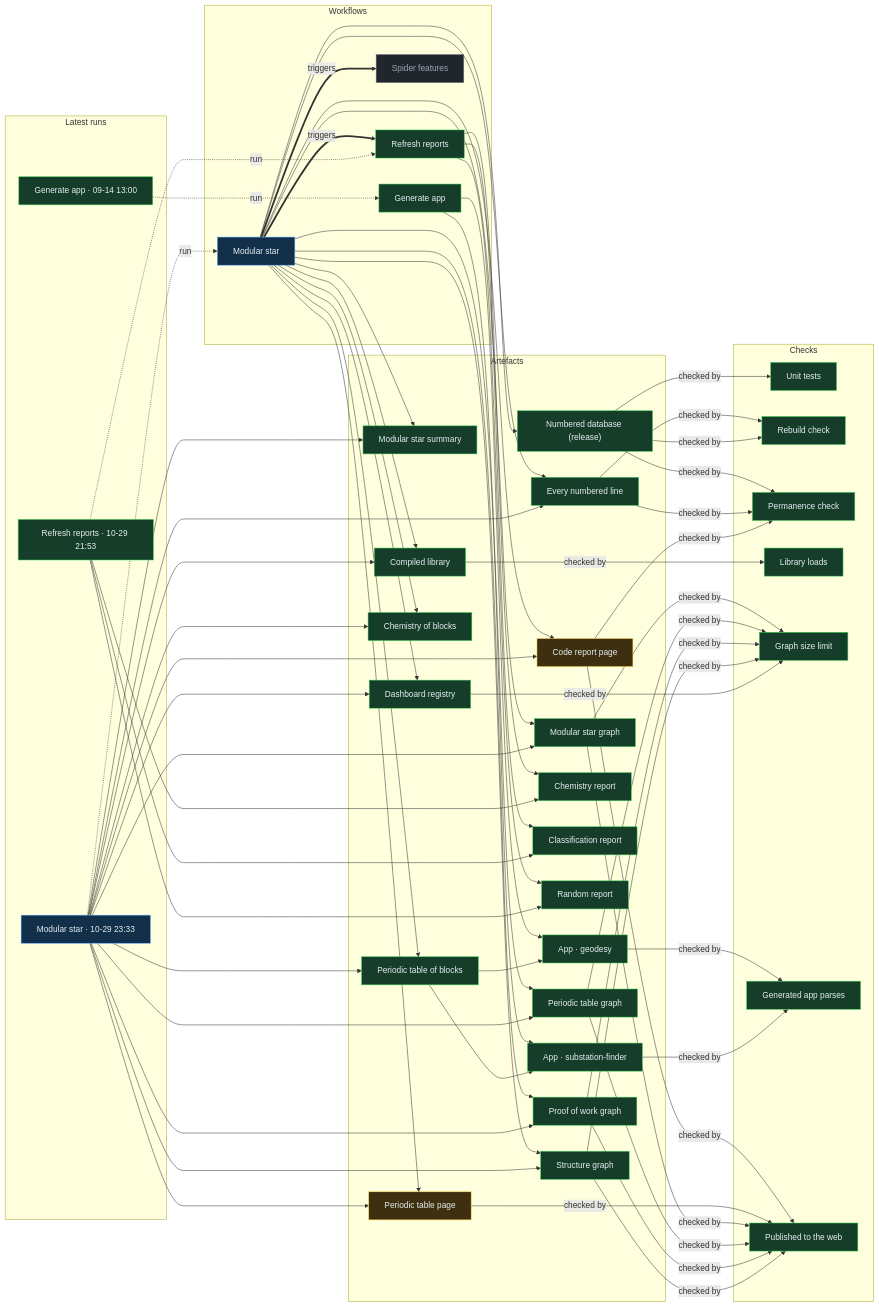
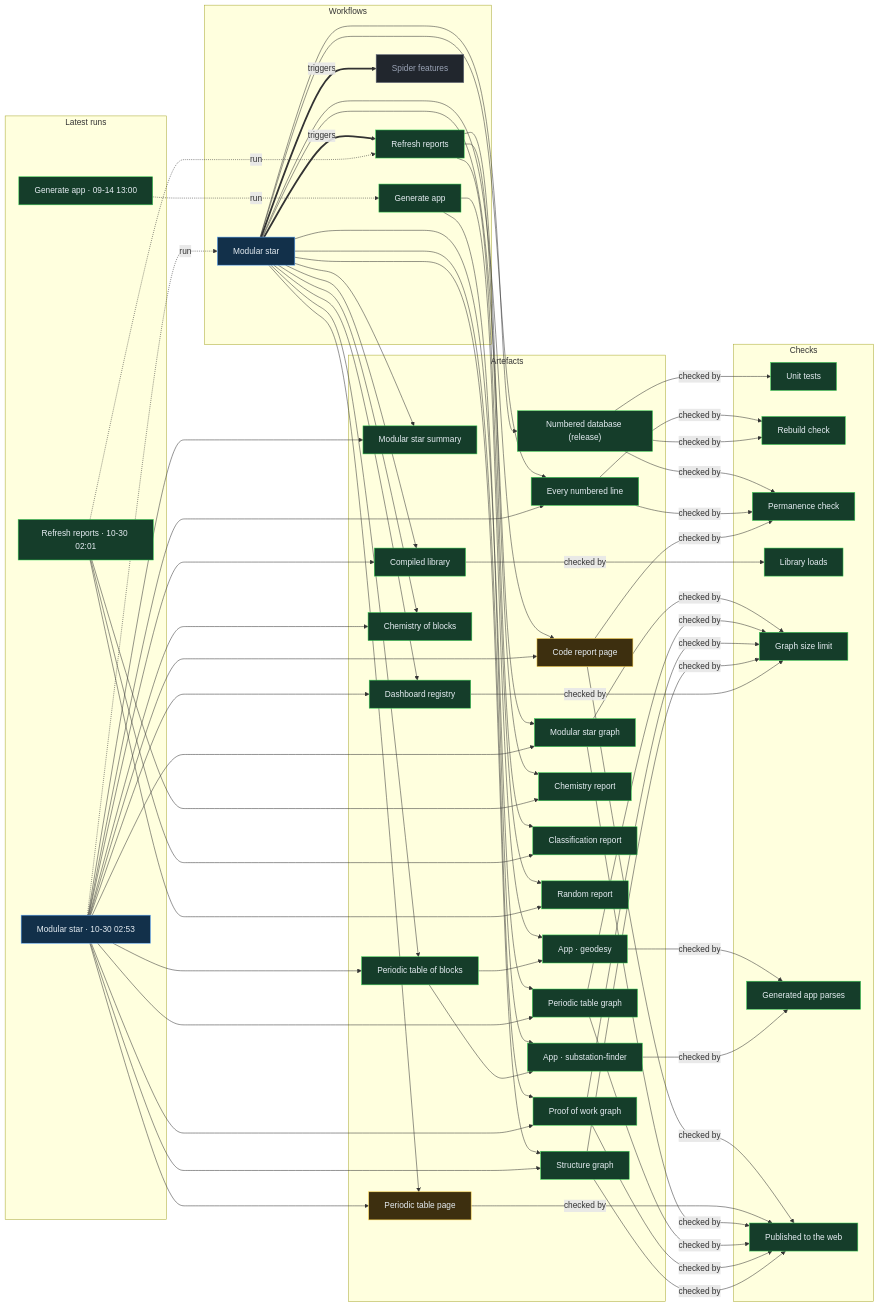
The diagram in proof/PROOF.md (Ventusltd/stars), drawn with Mermaid before and after one commit. The commit also changed other lines of this file and 144 other files, not shown here.

Commit message:
Modular star 2026-10-30T02:56Z

```diff
--- a/proof/PROOF.md
+++ b/proof/PROOF.md
@@ -24,8 +24,8 @@
   n_wf_spider_features["Spider features"]:::off
   end
   subgraph g_runs["Latest runs"]
-  n_run_40973902420["Modular star · 10-29 23:33"]:::live
-  n_run_40961524477["Refresh reports · 10-29 21:53"]:::ok
+  n_run_40994267073["Modular star · 10-30 02:53"]:::live
+  n_run_40989266316["Refresh reports · 10-30 02:01"]:::ok
   n_run_34846587798["Generate app · 09-14 13:00"]:::ok
   end
   subgraph g_artefacts["Artefacts"]
@@ -59,39 +59,39 @@
   end
   n_wf_modular_star == triggers ==> n_wf_refresh
   n_wf_modular_star == triggers ==> n_wf_spider_features
-  n_run_40973902420 -. run .-> n_wf_modular_star
-  n_run_40961524477 -. run .-> n_wf_refresh
+  n_run_40994267073 -. run .-> n_wf_modular_star
+  n_run_40989266316 -. run .-> n_wf_refresh
   n_run_34846587798 -. run .-> n_wf_generate
   n_wf_modular_star --> n_art_summary
-  n_run_40973902420 --> n_art_summary
+  n_run_40994267073 --> n_art_summary
   n_wf_modular_star --> n_art_lines
-  n_run_40973902420 --> n_art_lines
+  n_run_40994267073 --> n_art_lines
   n_wf_modular_star --> n_art_code
-  n_run_40973902420 --> n_art_code
+  n_run_40994267073 --> n_art_code
   n_wf_modular_star --> n_art_modular_graph
-  n_run_40973902420 --> n_art_modular_graph
+  n_run_40994267073 --> n_art_modular_graph
   n_wf_modular_star --> n_art_blocks
-  n_run_40973902420 --> n_art_blocks
+  n_run_40994267073 --> n_art_blocks
   n_wf_modular_star --> n_art_table
-  n_run_40973902420 --> n_art_table
+  n_run_40994267073 --> n_art_table
   n_wf_modular_star --> n_art_blocks_graph
-  n_run_40973902420 --> n_art_blocks_graph
+  n_run_40994267073 --> n_art_blocks_graph
   n_wf_modular_star --> n_art_reactions
-  n_run_40973902420 --> n_art_reactions
+  n_run_40994267073 --> n_art_reactions
   n_wf_modular_star --> n_art_library
-  n_run_40973902420 --> n_art_library
+  n_run_40994267073 --> n_art_library
   n_wf_modular_star --> n_art_features
-  n_run_40973902420 --> n_art_features
+  n_run_40994267073 --> n_art_features
   n_wf_modular_star --> n_art_proof
-  n_run_40973902420 --> n_art_proof
+  n_run_40994267073 --> n_art_proof
   n_wf_modular_star --> n_art_structure
-  n_run_40973902420 --> n_art_structure
+  n_run_40994267073 --> n_art_structure
   n_wf_refresh --> n_art_chemistry
-  n_run_40961524477 --> n_art_chemistry
+  n_run_40989266316 --> n_art_chemistry
   n_wf_refresh --> n_art_vedic
-  n_run_40961524477 --> n_art_vedic
+  n_run_40989266316 --> n_art_vedic
   n_wf_refresh --> n_art_random
-  n_run_40961524477 --> n_art_random
+  n_run_40989266316 --> n_art_random
   n_wf_modular_star --> n_art_release
   n_wf_generate --> n_app_geodesy
   n_art_blocks --> n_app_geodesy
```
